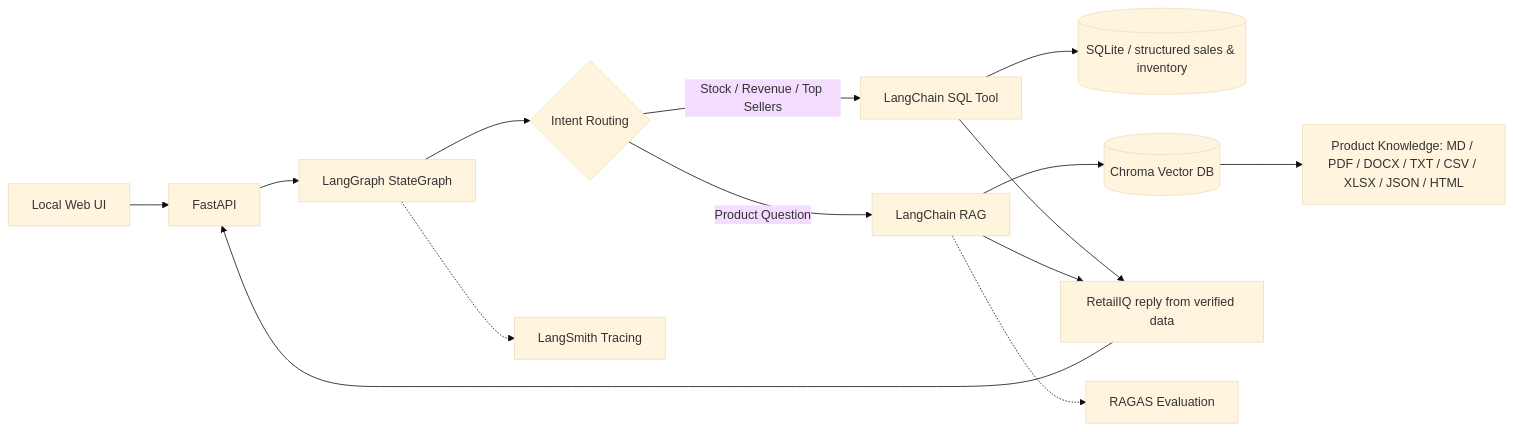
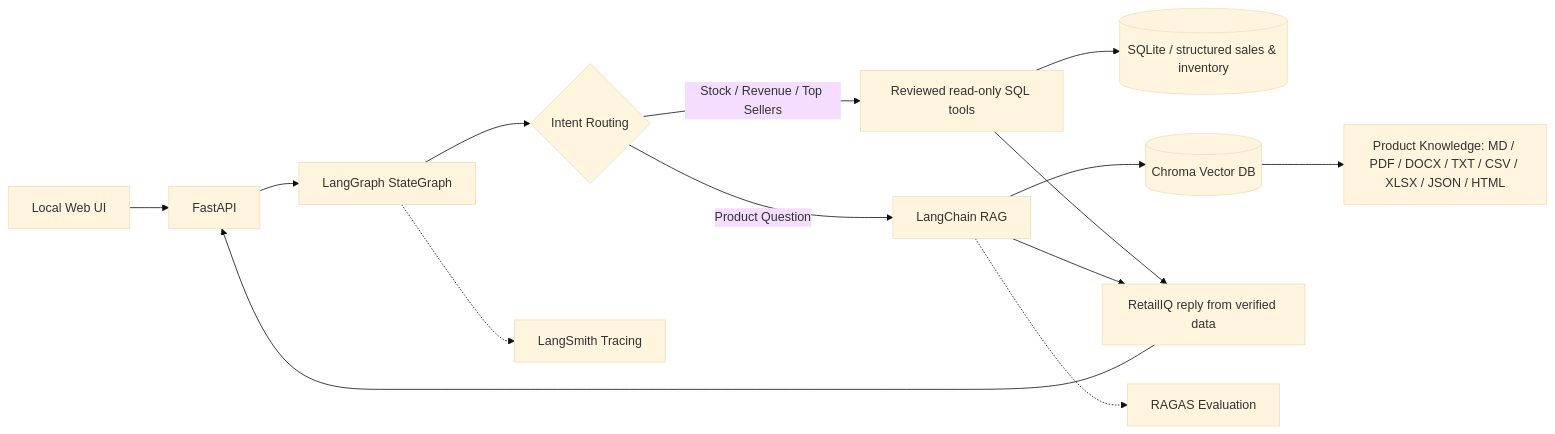
One commit to hungtvb/retailIQ changed the diagram in docs/ARCHITECTURE.md. Above: the diagram before and after it, drawn with Mermaid (base theme). The commit also changed other lines of this file and 2 other files, not shown here.

First line of the commit message:
docs: align architecture and basic/detail design with actual execution (#13)

````diff
--- a/docs/ARCHITECTURE.md
+++ b/docs/ARCHITECTURE.md
@@ -10,16 +10,16 @@
 ```mermaid
 flowchart LR
  User[Local Web UI] --> API[FastAPI]
  API --> Graph[LangGraph StateGraph]
  Graph --> Router{Intent Routing}
- Router -->|Stock / Revenue / Top Sellers| SQL[LangChain SQL Tool]
+ Router -->|Stock / Revenue / Top Sellers| SQL[Reviewed read-only SQL tools]
  SQL --> DB[(SQLite / structured sales & inventory)]
  Router -->|Product Question| RAG[LangChain RAG]
  RAG --> Vec[(Chroma Vector DB)]
  Vec --> Docs[Product Knowledge: MD / PDF / DOCX / TXT / CSV / XLSX / JSON / HTML]
  SQL --> Answer[RetailIQ reply from verified data]
  RAG --> Answer
  Answer --> API
  Graph -.-> Trace[LangSmith Tracing]
  RAG -.-> Eval[RAGAS Evaluation]
 ```
````
